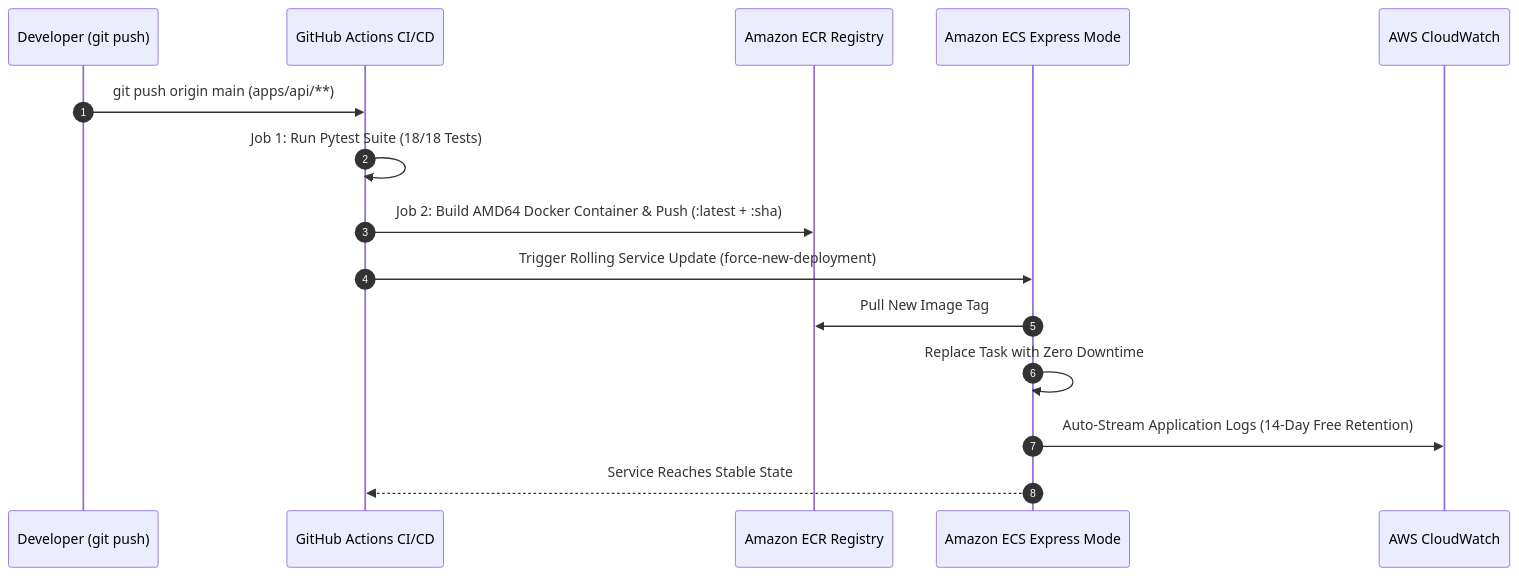
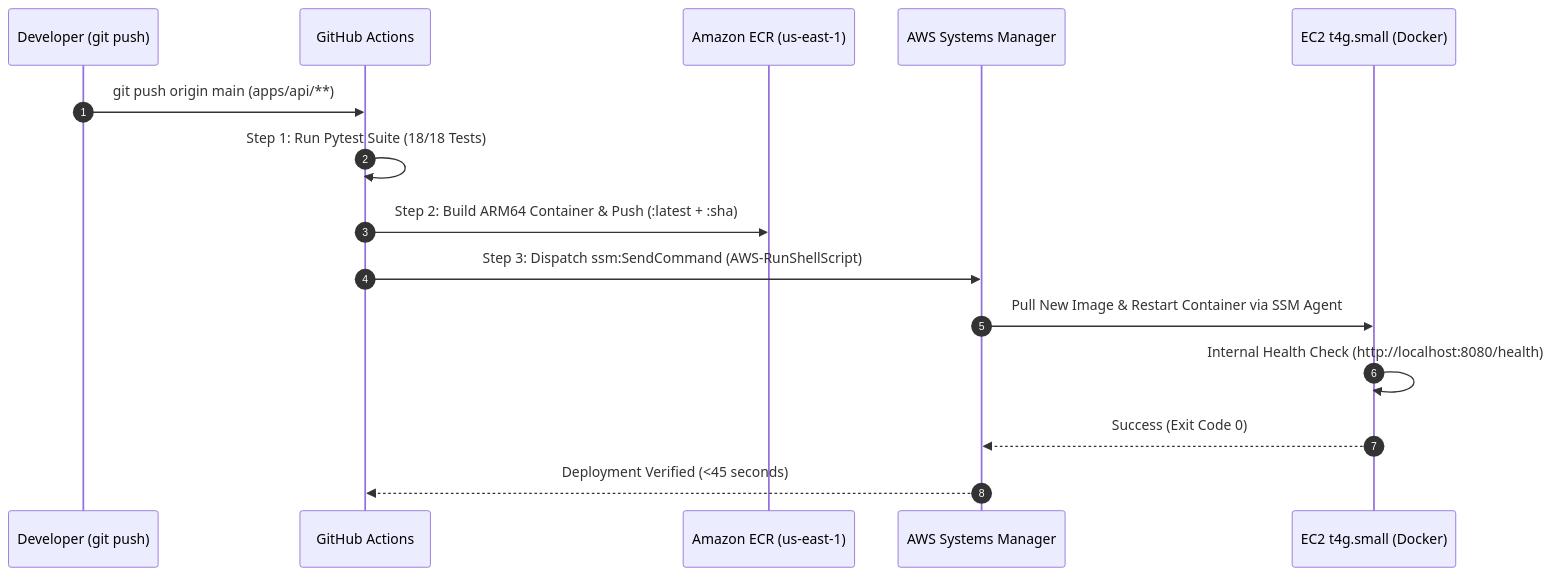
Before and after one commit to martins-ngene/connectrank: the third of 3 diagrams in docs/DEPLOYMENT.md, drawn with Mermaid. The commit also changed other lines of this file and 4 other files, not shown here.

````diff
--- a/docs/DEPLOYMENT.md
+++ b/docs/DEPLOYMENT.md
@@ -272,18 +344,18 @@
 ```mermaid
 sequenceDiagram
     autonumber
     participant Dev as Developer (git push)
-    participant GH as GitHub Actions CI/CD
-    participant ECR as Amazon ECR Registry
-    participant ECS as Amazon ECS Express Mode
-    participant CW as AWS CloudWatch
+    participant GH as GitHub Actions
+    participant ECR as Amazon ECR (us-east-1)
+    participant SSM as AWS Systems Manager
+    participant EC2 as EC2 t4g.small (Docker)
 
     Dev->>GH: git push origin main (apps/api/**)
-    GH->>GH: Job 1: Run Pytest Suite (18/18 Tests)
-    GH->>ECR: Job 2: Build AMD64 Docker Container & Push (:latest + :sha)
-    GH->>ECS: Trigger Rolling Service Update (force-new-deployment)
-    ECS->>ECR: Pull New Image Tag
-    ECS->>ECS: Replace Task with Zero Downtime
-    ECS->>CW: Auto-Stream Application Logs (14-Day Free Retention)
-    ECS-->>GH: Service Reaches Stable State
+    GH->>GH: Step 1: Run Pytest Suite (18/18 Tests)
+    GH->>ECR: Step 2: Build ARM64 Container & Push (:latest + :sha)
+    GH->>SSM: Step 3: Dispatch ssm:SendCommand (AWS-RunShellScript)
+    SSM->>EC2: Pull New Image & Restart Container via SSM Agent
+    EC2->>EC2: Internal Health Check (http://localhost:8080/health)
+    EC2-->>SSM: Success (Exit Code 0)
+    SSM-->>GH: Deployment Verified (<45 seconds)
 ```
````
